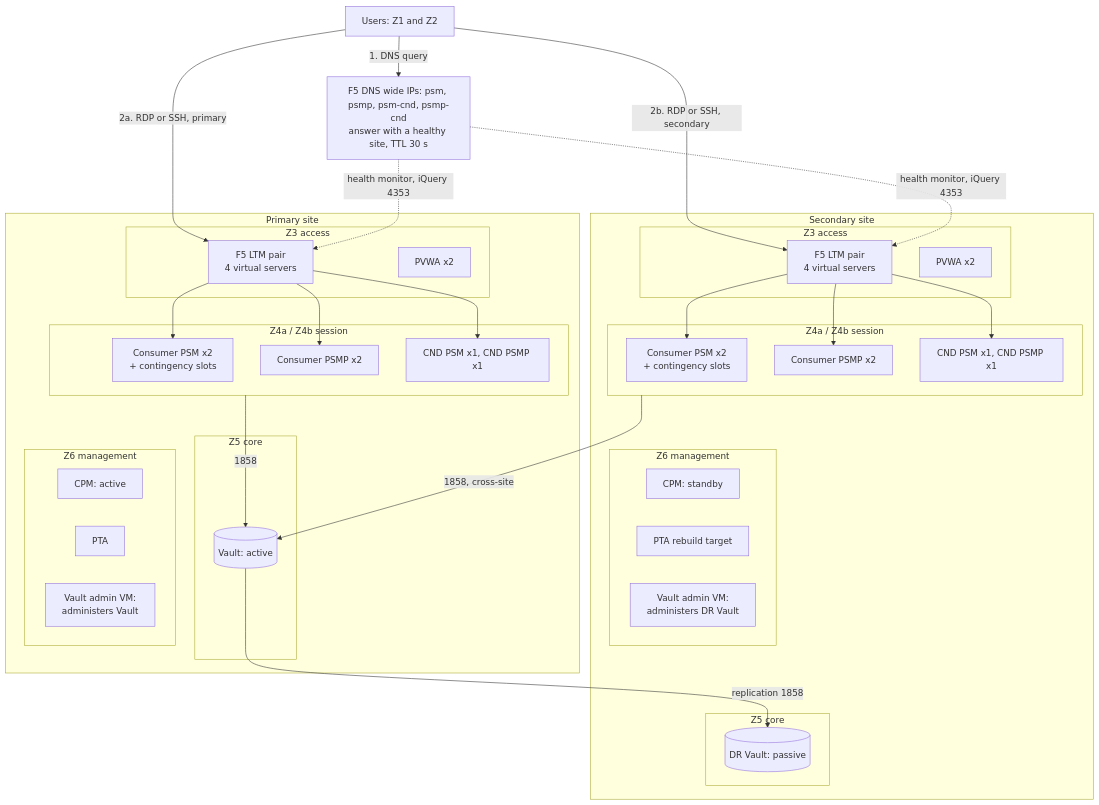
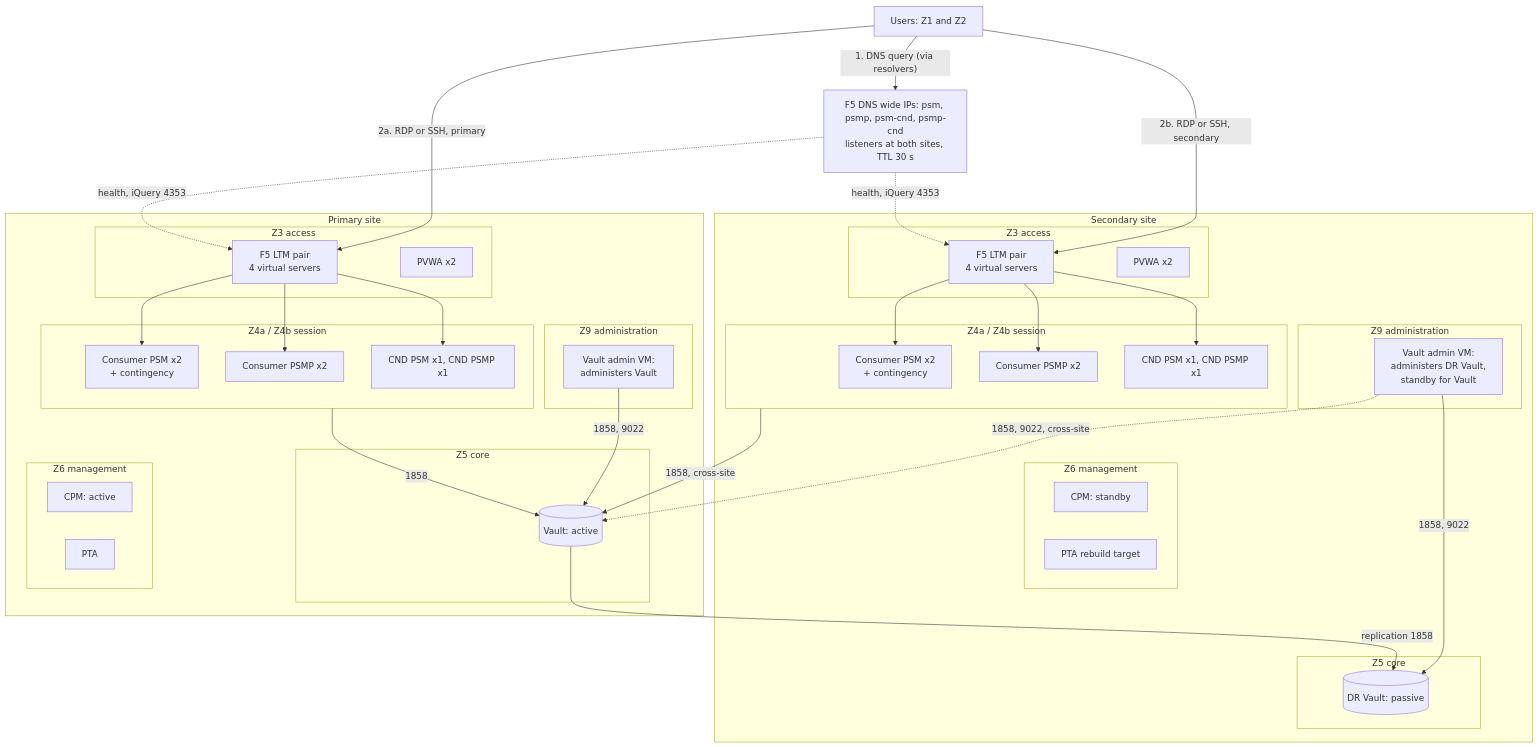
Before and after one commit to cnampalli/CB-Raap-Vault: the fifth of 13 diagrams in docs/cyberark-psm/impact-assessment.md, drawn with Mermaid. The commit also changed other lines of this file, not shown here.

First line of the commit message:
docs(psm): IA v0.11 - network and security architect review fixes

````diff
--- a/docs/cyberark-psm/impact-assessment.md
+++ b/docs/cyberark-psm/impact-assessment.md
@@ -605,55 +617,62 @@
 ```mermaid
 flowchart TB
     U["Users: Z1 and Z2"]
-    GTM["F5 DNS wide IPs: psm, psmp, psm-cnd, psmp-cnd<br/>answer with a healthy site, TTL 30 s"]
-    U -->|"1. DNS query"| GTM
+    GTM["F5 DNS wide IPs: psm, psmp, psm-cnd, psmp-cnd<br/>listeners at both sites, TTL 30 s"]
+    U -->|"1. DNS query (via resolvers)"| GTM
     U -->|"2a. RDP or SSH, primary"| PLTM
     U -->|"2b. RDP or SSH, secondary"| SLTM
     subgraph PRI["Primary site"]
         subgraph P3["Z3 access"]
             PLTM["F5 LTM pair<br/>4 virtual servers"]
             PPV["PVWA x2"]
         end
         subgraph P4["Z4a / Z4b session"]
-            PPSM["Consumer PSM x2<br/>+ contingency slots"]
+            PPSM["Consumer PSM x2<br/>+ contingency"]
             PPSMP["Consumer PSMP x2"]
             PCND["CND PSM x1, CND PSMP x1"]
         end
         subgraph P5["Z5 core"]
             PV[("Vault: active")]
         end
         subgraph P6["Z6 management"]
             PCPM["CPM: active"]
             PPTA["PTA"]
+        end
+        subgraph P9["Z9 administration"]
             PVA["Vault admin VM:<br/>administers Vault"]
         end
     end
     subgraph SECS["Secondary site"]
         subgraph S3["Z3 access"]
             SLTM["F5 LTM pair<br/>4 virtual servers"]
             SPV["PVWA x2"]
         end
         subgraph S4["Z4a / Z4b session"]
-            SPSM["Consumer PSM x2<br/>+ contingency slots"]
+            SPSM["Consumer PSM x2<br/>+ contingency"]
             SPSMP["Consumer PSMP x2"]
             SCND["CND PSM x1, CND PSMP x1"]
         end
         subgraph S5["Z5 core"]
             SV[("DR Vault: passive")]
         end
         subgraph S6["Z6 management"]
             SCPM["CPM: standby"]
             SPTA["PTA rebuild target"]
-            SVA["Vault admin VM:<br/>administers DR Vault"]
+        end
+        subgraph S9["Z9 administration"]
+            SVA["Vault admin VM:<br/>administers DR Vault,<br/>standby for Vault"]
         end
     end
-    GTM -. "health monitor, iQuery 4353" .-> PLTM & SLTM
+    GTM -. "health, iQuery 4353" .-> PLTM & SLTM
     PLTM --> PPSM & PPSMP & PCND
     SLTM --> SPSM & SPSMP & SCND
     P4 -->|"1858"| PV
     S4 -->|"1858, cross-site"| PV
+    PVA -->|"1858, 9022"| PV
+    SVA -->|"1858, 9022"| SV
+    SVA -. "1858, 9022, cross-site" .-> PV
+    PV -->|"replication 1858"| SV
     P4 ~~~ P6
     S4 ~~~ S5
     S4 ~~~ S6
-    PV -->|"replication 1858"| SV
 ```
````
